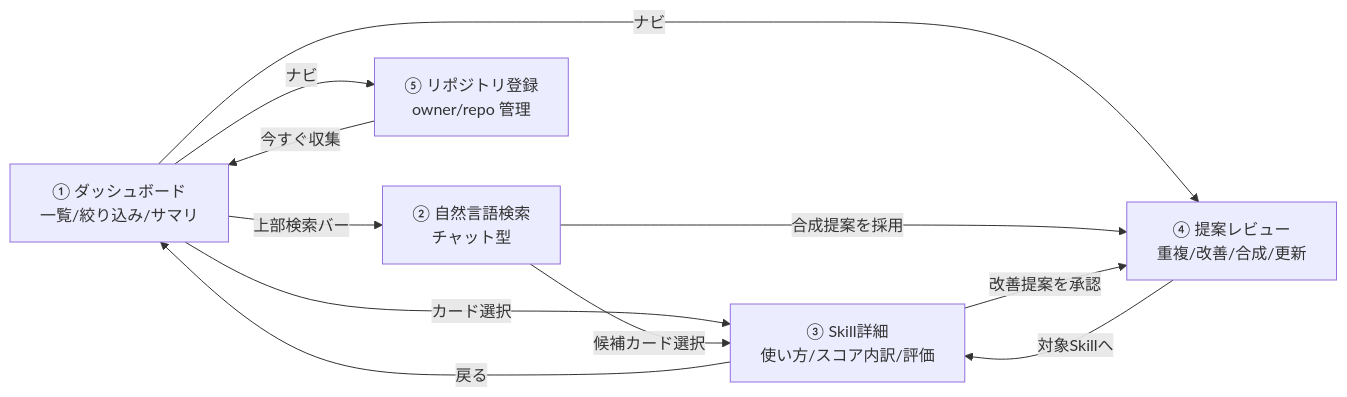
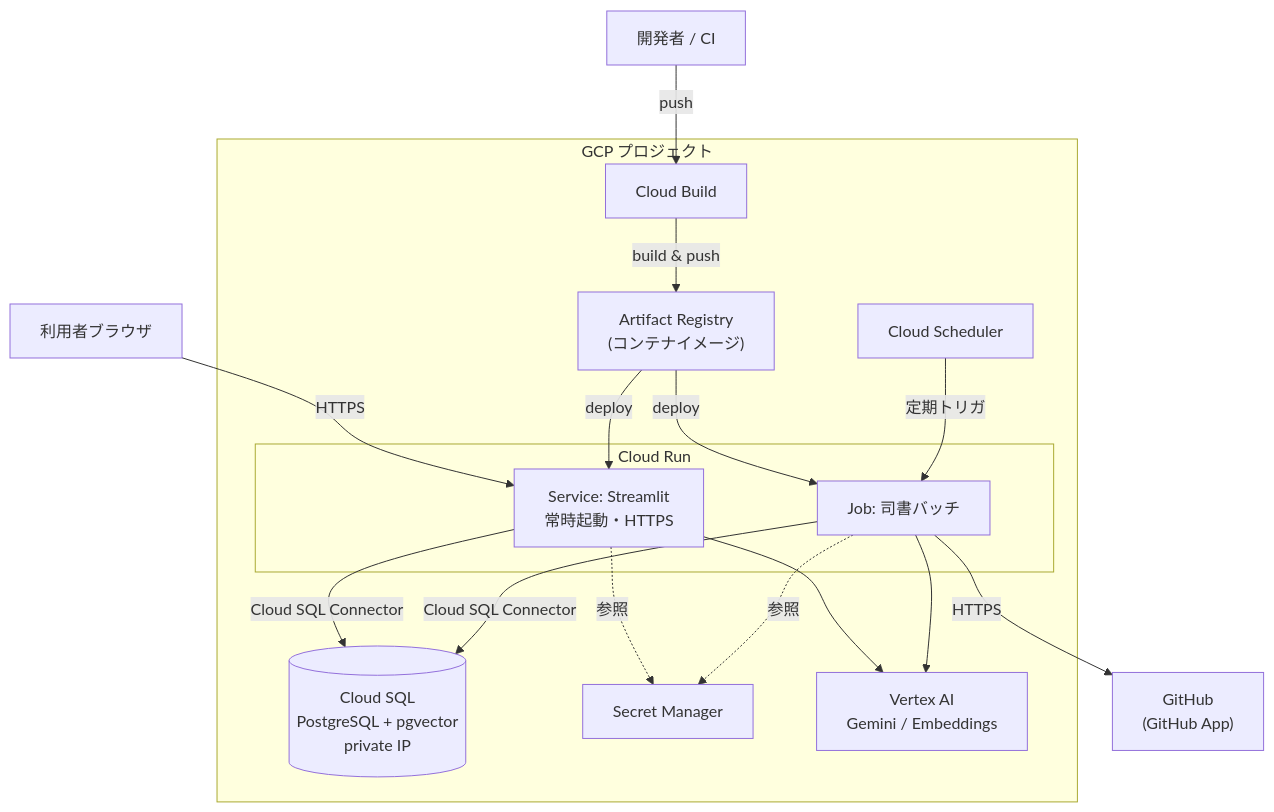
One commit to t-devops-hackathon-2026/SkillsHub changed the fifth of 7 diagrams in DESIGN.md. Above: the diagram before and after it, drawn with Mermaid. The commit also changed other lines of this file and 4 other files, not shown here.

````diff
--- a/DESIGN.md
+++ b/DESIGN.md
@@ -97,19 +185,34 @@
 ```mermaid
-flowchart LR
-    Dash["① ダッシュボード<br/>一覧/絞り込み/サマリ"]
-    Search["② 自然言語検索<br/>チャット型"]
-    Detail["③ Skill詳細<br/>使い方/スコア内訳/評価"]
-    Suggest["④ 提案レビュー<br/>重複/改善/合成/更新"]
-    Reg["⑤ リポジトリ登録<br/>owner/repo 管理"]
+flowchart TB
+    Dev["利用者ブラウザ"]
+    Devs["開発者 / CI"]
 
-    Dash -->|カード選択| Detail
-    Dash -->|上部検索バー| Search
-    Dash -->|ナビ| Suggest
-    Dash -->|ナビ| Reg
-    Search -->|候補カード選択| Detail
-    Search -->|合成提案を採用| Suggest
-    Detail -->|改善提案を承認| Suggest
-    Detail -->|戻る| Dash
-    Suggest -->|対象Skillへ| Detail
-    Reg -->|今すぐ収集| Dash
+    subgraph GCP["GCP プロジェクト"]
+        CB["Cloud Build"]
+        AR["Artifact Registry<br/>(コンテナイメージ)"]
+        subgraph Run["Cloud Run"]
+            Svc["Service: Streamlit<br/>常時起動・HTTPS"]
+            Job["Job: 司書バッチ"]
+        end
+        Sch["Cloud Scheduler"]
+        SQL[("Cloud SQL<br/>PostgreSQL + pgvector<br/>private IP")]
+        SM["Secret Manager"]
+        VA["Vertex AI<br/>Gemini / Embeddings"]
+    end
+
+    GH["GitHub<br/>(GitHub App)"]
+
+    Dev -->|HTTPS| Svc
+    Devs -->|push| CB
+    CB -->|build & push| AR
+    AR -->|deploy| Svc
+    AR -->|deploy| Job
+    Sch -->|定期トリガ| Job
+    Svc -->|Cloud SQL Connector| SQL
+    Job -->|Cloud SQL Connector| SQL
+    Svc --> VA
+    Job --> VA
+    Svc -.->|参照| SM
+    Job -.->|参照| SM
+    Job -->|HTTPS| GH
 ```
````
